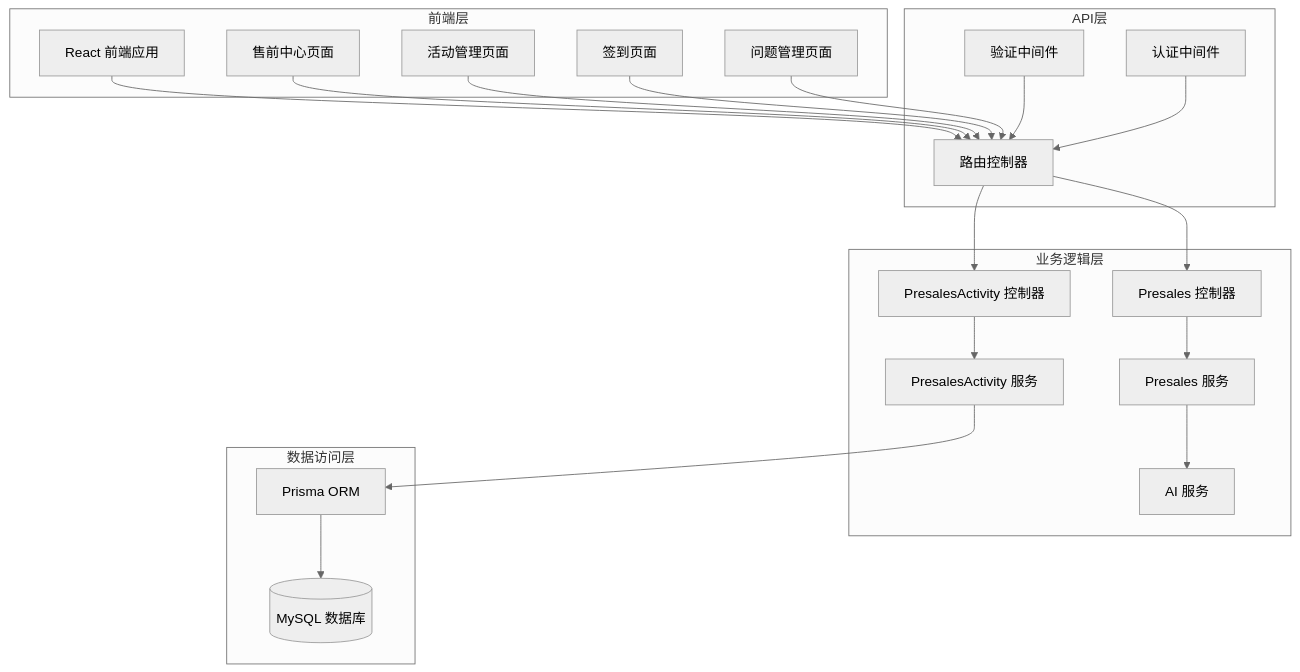
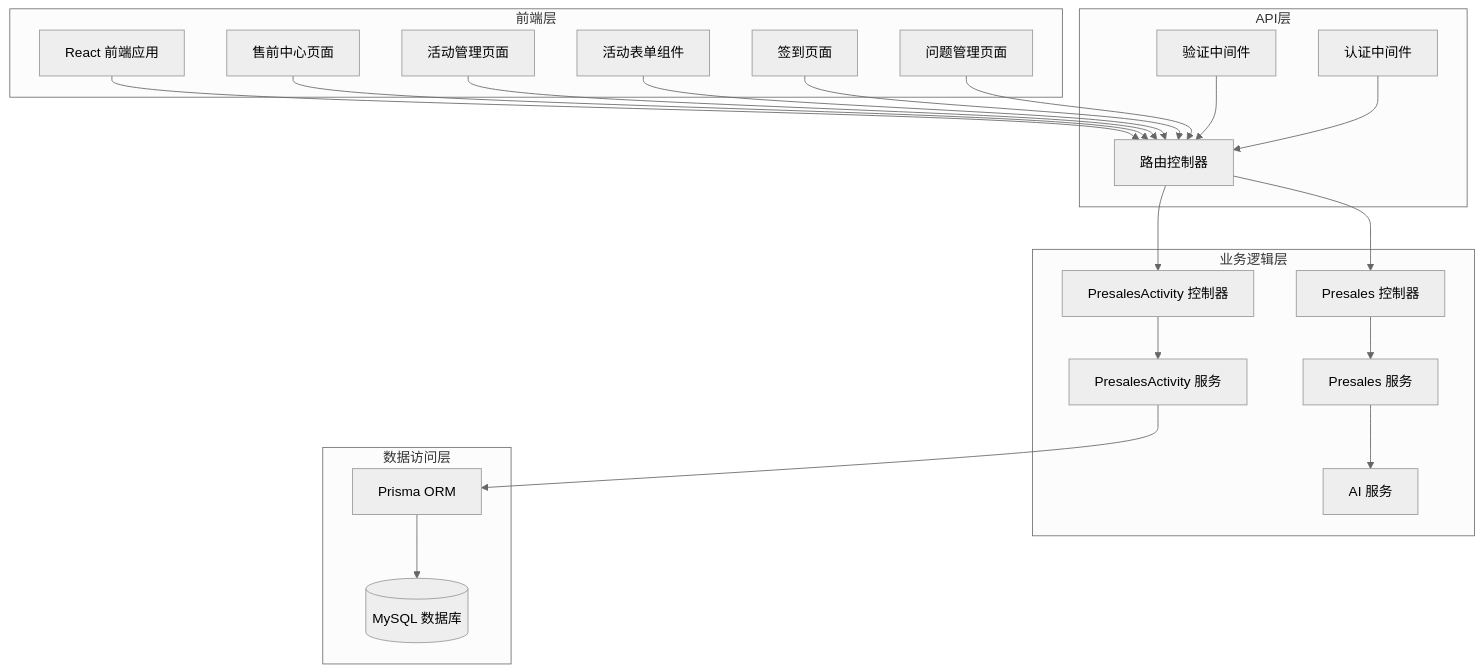
One commit to xianjianshenqu/SalesFlow-CRM changed the first of 16 diagrams in .qoder/repowiki/zh/content/Presales Controller.md. Above: the diagram before and after it, drawn with Mermaid (neutral theme). The commit also changed other lines of this file and 7 other files, not shown here.

````diff
--- a/.qoder/repowiki/zh/content/Presales Controller.md
+++ b/.qoder/repowiki/zh/content/Presales Controller.md
@@ -64,40 +70,42 @@
 ```mermaid
 graph TB
 subgraph "前端层"
 FE[React 前端应用]
 PS[售前中心页面]
 PA[活动管理页面]
+AF[活动表单组件]
 SI[签到页面]
 QM[问题管理页面]
 end
 subgraph "API层"
 RC[路由控制器]
 VC[验证中间件]
 AC[认证中间件]
 end
 subgraph "业务逻辑层"
 PC[Presales 控制器]
 PAC[PresalesActivity 控制器]
 PSVC[Presales 服务]
 PASVC[PresalesActivity 服务]
 AISVC[AI 服务]
 end
 subgraph "数据访问层"
 PRISMA[Prisma ORM]
 DB[(MySQL 数据库)]
 end
 FE --> RC
 PS --> RC
 PA --> RC
+AF --> RC
 SI --> RC
 QM --> RC
 RC --> PC
 RC --> PAC
 PC --> PSVC
 PAC --> PASVC
 PSVC --> AISVC
 PASVC --> PRISMA
 PRISMA --> DB
 VC --> RC
 AC --> RC
 ```
````
